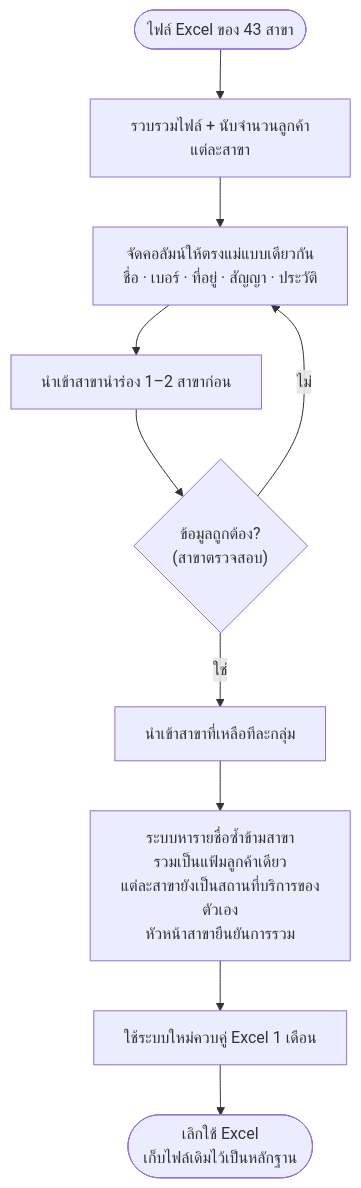
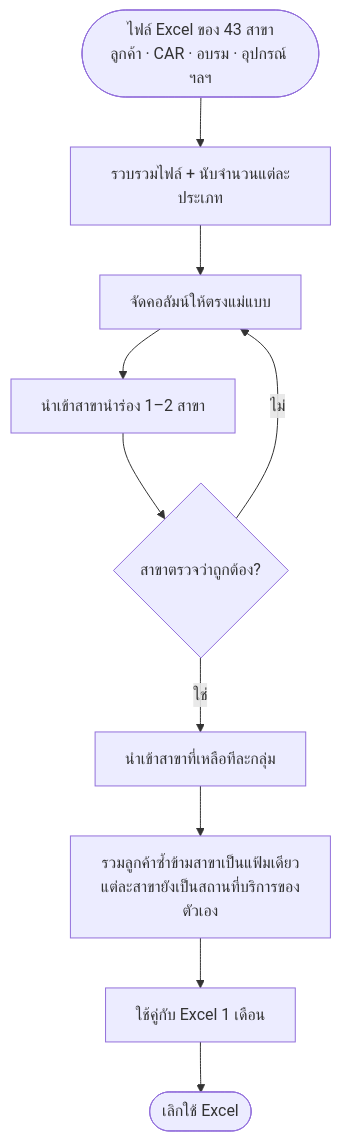
One commit to warayuthsema-alt/my-house-sh2401 changed diagram 11 of 12 in docs/research/2026-11-07-advance-group-asia-workflow-diagrams.md. Above: the diagram before and after it, drawn with Mermaid. The commit also changed other lines of this file and 1 other file, not shown here.

First line of the commit message:
Workflow diagrams v4: merge Customer History into Advance Quality System

````diff
--- a/docs/research/2026-11-07-advance-group-asia-workflow-diagrams.md
+++ b/docs/research/2026-11-07-advance-group-asia-workflow-diagrams.md
@@ -190,12 +282,12 @@
 ```mermaid
 flowchart TD
-    A(["ไฟล์ Excel ของ 43 สาขา"]) --> B["รวบรวมไฟล์ + นับจำนวนลูกค้าแต่ละสาขา"]
-    B --> C["จัดคอลัมน์ให้ตรงแม่แบบเดียวกัน<br/>ชื่อ · เบอร์ · ที่อยู่ · สัญญา · ประวัติ"]
-    C --> D["นำเข้าสาขานำร่อง 1–2 สาขาก่อน"]
-    D --> E{"ข้อมูลถูกต้อง?<br/>(สาขาตรวจสอบ)"}
+    A(["ไฟล์ Excel ของ 43 สาขา<br/>ลูกค้า · CAR · อบรม · อุปกรณ์ ฯลฯ"]) --> B["รวบรวมไฟล์ + นับจำนวนแต่ละประเภท"]
+    B --> C["จัดคอลัมน์ให้ตรงแม่แบบ"]
+    C --> D["นำเข้าสาขานำร่อง 1–2 สาขา"]
+    D --> E{"สาขาตรวจว่าถูกต้อง?"}
     E -- "ไม่" --> C
     E -- "ใช่" --> F["นำเข้าสาขาที่เหลือทีละกลุ่ม"]
-    F --> G["ระบบหารายชื่อซ้ำข้ามสาขา<br/>รวมเป็นแฟ้มลูกค้าเดียว<br/>แต่ละสาขายังเป็นสถานที่บริการของตัวเอง<br/>หัวหน้าสาขายืนยันการรวม"]
-    G --> H["ใช้ระบบใหม่ควบคู่ Excel 1 เดือน"]
-    H --> I(["เลิกใช้ Excel<br/>เก็บไฟล์เดิมไว้เป็นหลักฐาน"])
+    F --> G["รวมลูกค้าซ้ำข้ามสาขาเป็นแฟ้มเดียว<br/>แต่ละสาขายังเป็นสถานที่บริการของตัวเอง"]
+    G --> H["ใช้คู่กับ Excel 1 เดือน"]
+    H --> I(["เลิกใช้ Excel"])
 ```
````
